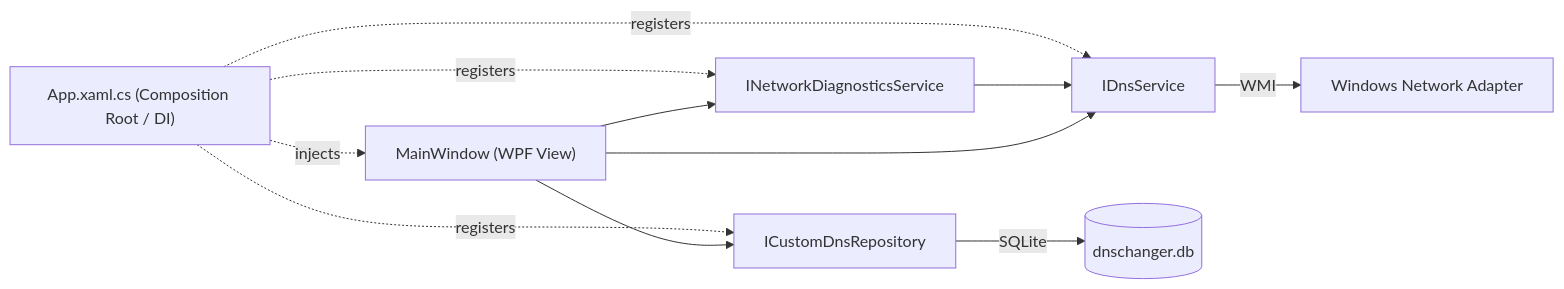
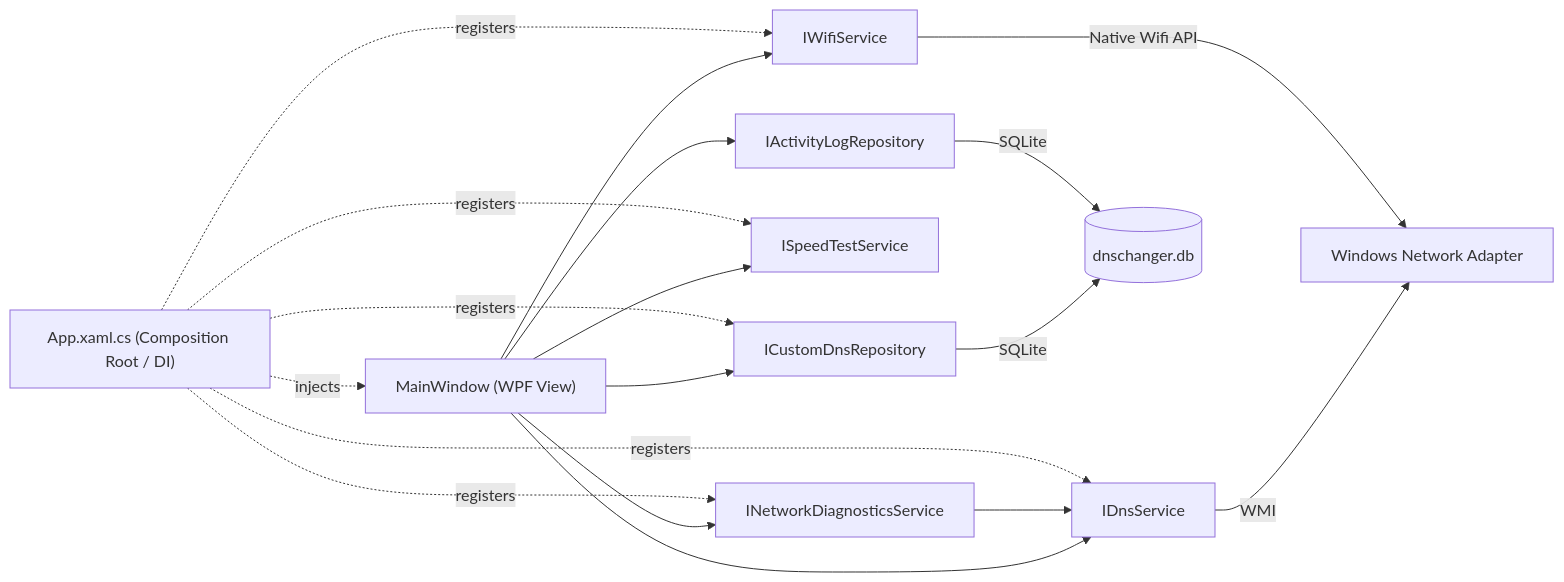
Before and after one commit to AlirezaHadian/DnsChanger: the diagram in README.md, drawn with Mermaid. The commit also changed other lines of this file and 1 other file, not shown here.

````diff
--- a/README.md
+++ b/README.md
@@ -47,13 +47,20 @@
 ```mermaid
 flowchart LR
     UI["MainWindow (WPF View)"] --> DnsSvc["IDnsService"]
     UI --> Repo["ICustomDnsRepository"]
     UI --> Diag["INetworkDiagnosticsService"]
+    UI --> Speed["ISpeedTestService"]
+    UI --> Wifi["IWifiService"]
+    UI --> Log["IActivityLogRepository"]
     Diag --> DnsSvc
     DnsSvc -->|WMI| OS["Windows Network Adapter"]
+    Wifi -->|Native Wifi API| OS
     Repo -->|SQLite| DB[("dnschanger.db")]
+    Log -->|SQLite| DB
     DI["App.xaml.cs (Composition Root / DI)"] -.->|injects| UI
     DI -.->|registers| DnsSvc
     DI -.->|registers| Repo
     DI -.->|registers| Diag
+    DI -.->|registers| Speed
+    DI -.->|registers| Wifi
 ```
````
